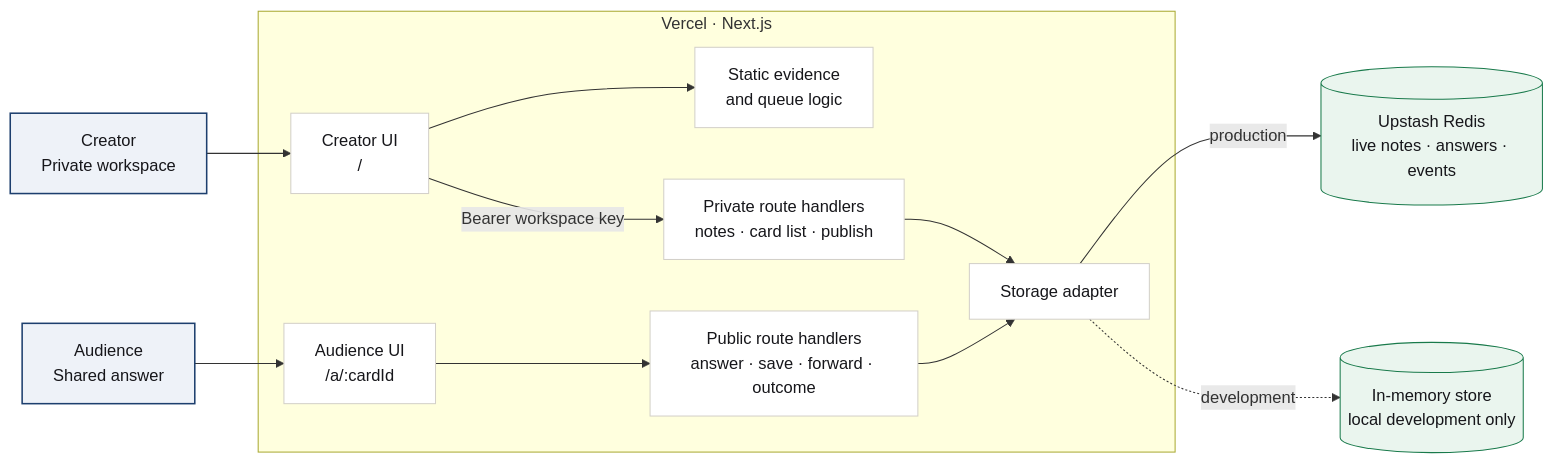
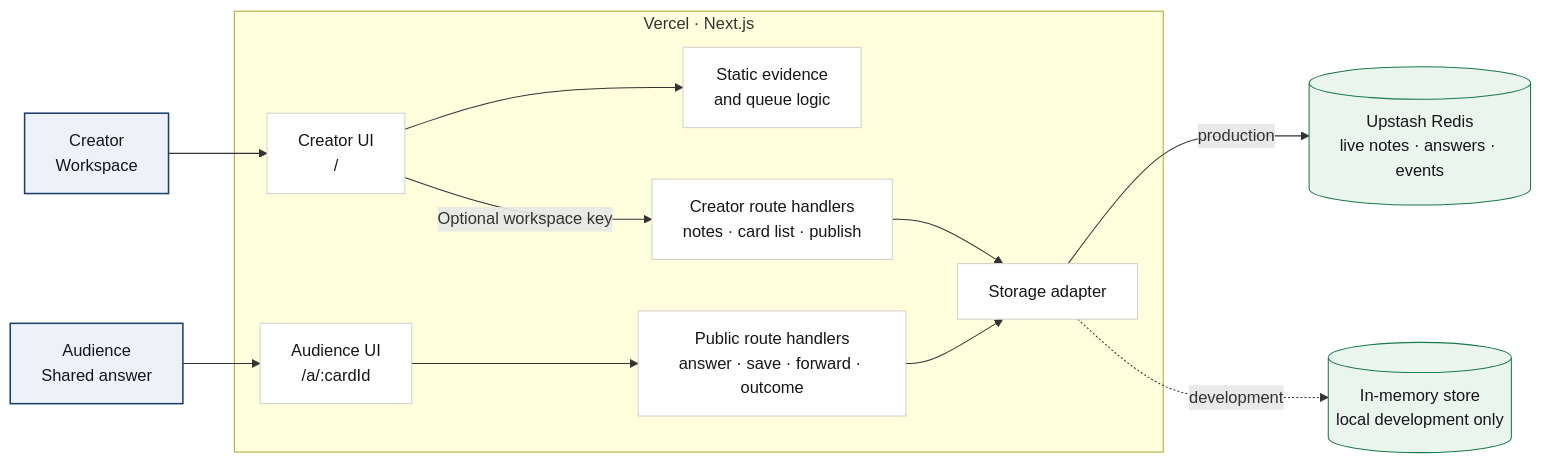
Before and after one commit to adityasingh-stripe/front-row: the diagram in README.md, drawn with Mermaid. The commit also changed other lines of this file and 2 other files, not shown here.

Commit message:
Add public judged demo mode
Committed-By-Agent: codex

````diff
--- a/README.md
+++ b/README.md
@@ -21,34 +21,34 @@
 ```mermaid
 flowchart LR
-    creator["Creator<br/>Private workspace"]
+    creator["Creator<br/>Workspace"]
     audience["Audience<br/>Shared answer"]
 
     subgraph next["Vercel · Next.js"]
         creatorUI["Creator UI<br/>/"]
         audienceUI["Audience UI<br/>/a/:cardId"]
         evidence["Static evidence<br/>and queue logic"]
-        privateAPI["Private route handlers<br/>notes · card list · publish"]
+        creatorAPI["Creator route handlers<br/>notes · card list · publish"]
         publicAPI["Public route handlers<br/>answer · save · forward · outcome"]
         store["Storage adapter"]
     end
 
     redis[("Upstash Redis<br/>live notes · answers · events")]
     memory[("In-memory store<br/>local development only")]
 
     creator --> creatorUI
     creatorUI --> evidence
-    creatorUI -->|"Bearer workspace key"| privateAPI
+    creatorUI -->|"Optional workspace key"| creatorAPI
     audience --> audienceUI
     audienceUI --> publicAPI
-    privateAPI --> store
+    creatorAPI --> store
     publicAPI --> store
     store -->|"production"| redis
     store -.->|"development"| memory
 
     classDef person fill:#eef2f8,stroke:#1d3f6e,color:#16161a,stroke-width:1.5px;
     classDef surface fill:#ffffff,stroke:#d3d0c9,color:#16161a;
     classDef data fill:#eaf5ee,stroke:#197a4b,color:#16161a;
     class creator,audience person;
-    class creatorUI,audienceUI,evidence,privateAPI,publicAPI,store surface;
+    class creatorUI,audienceUI,evidence,creatorAPI,publicAPI,store surface;
     class redis,memory data;
 ```
````
